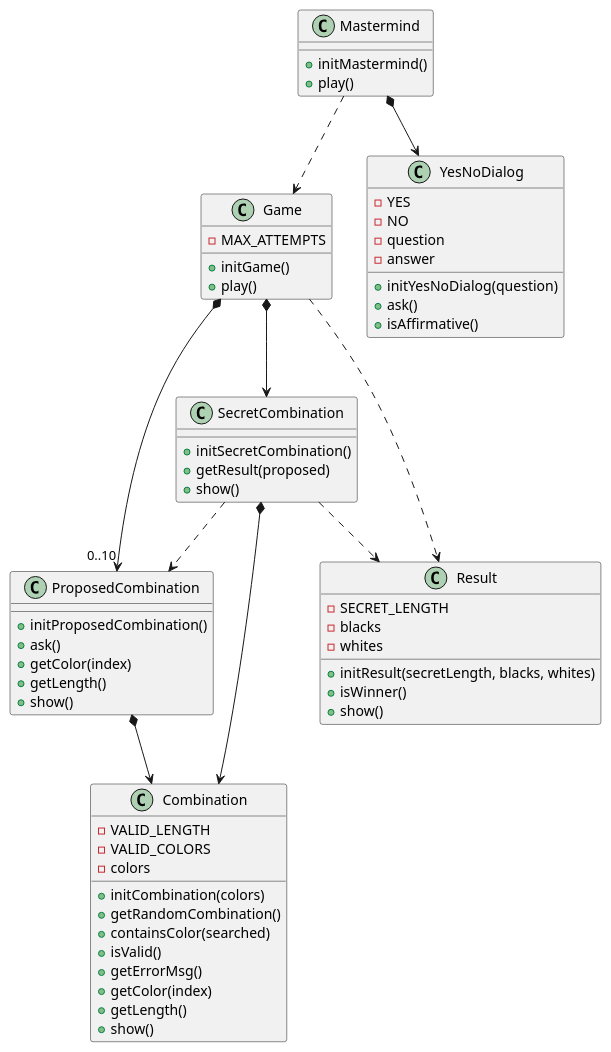
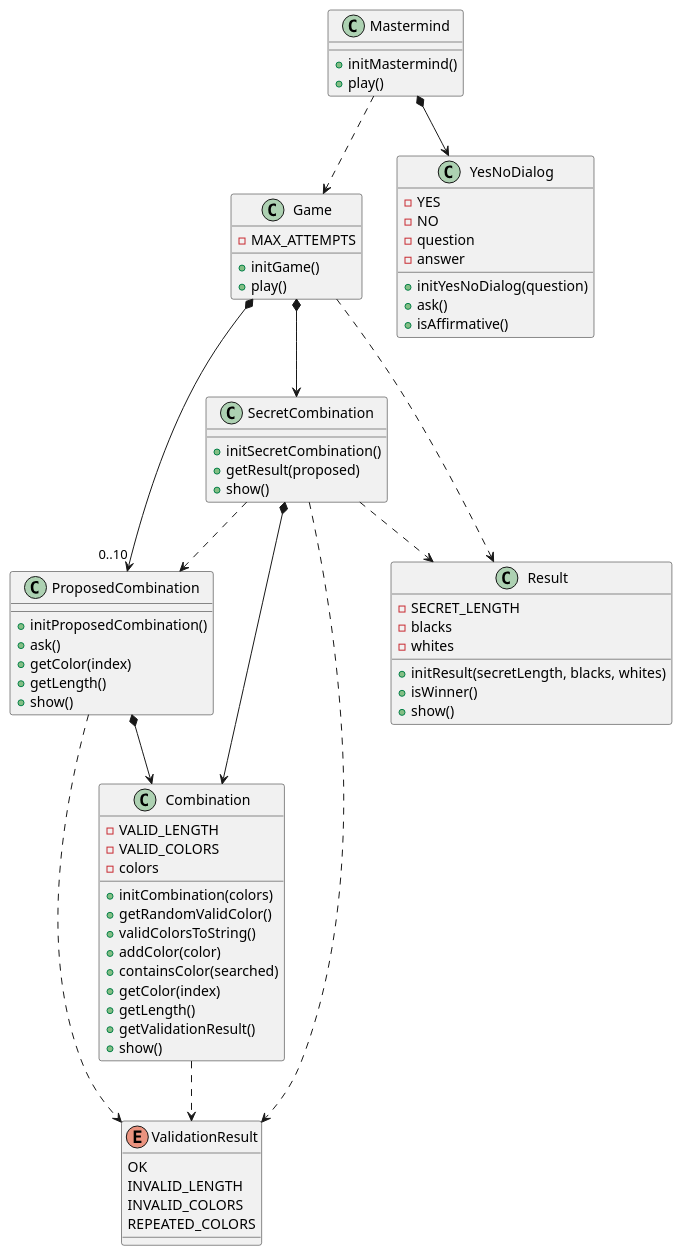
The diagram in docs/dev-resume/analysis.plantuml (PabloMartinFluvia/myGame-mastermind), drawn with PlantUML before and after one commit. The commit also changed 3 other files, not shown here.

First line of the commit message:
deny acces to proposed to generate rancom combination + create enum Validation Result

```diff
--- a/docs/dev-resume/analysis.plantuml
+++ b/docs/dev-resume/analysis.plantuml
@@ -1,77 +1,88 @@
 @startuml analysis
 
 class Mastermind{  
 
     + initMastermind()
     + play()    
 }
 Mastermind ..> Game
 Mastermind *--> YesNoDialog
 
 class Game{
     - MAX_ATTEMPTS
 
     + initGame()
     + play()      
 }
 Game *--> SecretCombination
 Game *--> "0..10" ProposedCombination
 Game .down.> Result
 
 class SecretCombination{
     
     + initSecretCombination()    
     + getResult(proposed)
     + show()    
 
 }
 SecretCombination *-down-> Combination
 SecretCombination .down.> ProposedCombination
 SecretCombination .down.> Result
+SecretCombination .down.> ValidationResult
 
 class Combination{
     - VALID_LENGTH
     - VALID_COLORS    
     - colors
 
     + initCombination(colors)
-    + getRandomCombination()
-    + containsColor(searched)  
-    + isValid()
-    + getErrorMsg()
+    + getRandomValidColor()
+    + validColorsToString()
+    + addColor(color)
+    + containsColor(searched)      
     + getColor(index)
-    + getLength()      
+    + getLength()          
+    + getValidationResult()
     + show()
+}
+Combination .down.> ValidationResult
+
+enum ValidationResult{
+    OK
+    INVALID_LENGTH
+    INVALID_COLORS
+    REPEATED_COLORS
 }
 
 class ProposedCombination{
 
     + initProposedCombination()
     + ask()   
     + getColor(index)
     + getLength()    
     + show() 
 }
 ProposedCombination *-down-> Combination
+ProposedCombination .down.> ValidationResult
 
 class Result{
     - SECRET_LENGTH
     - blacks
     - whites
 
     + initResult(secretLength, blacks, whites)
     + isWinner()
     + show()    
 }
 
 class YesNoDialog {
     - YES
     - NO
     - question
     - answer    
 
     + initYesNoDialog(question)
     + ask()
     + isAffirmative()
 }
 @enduml
```
